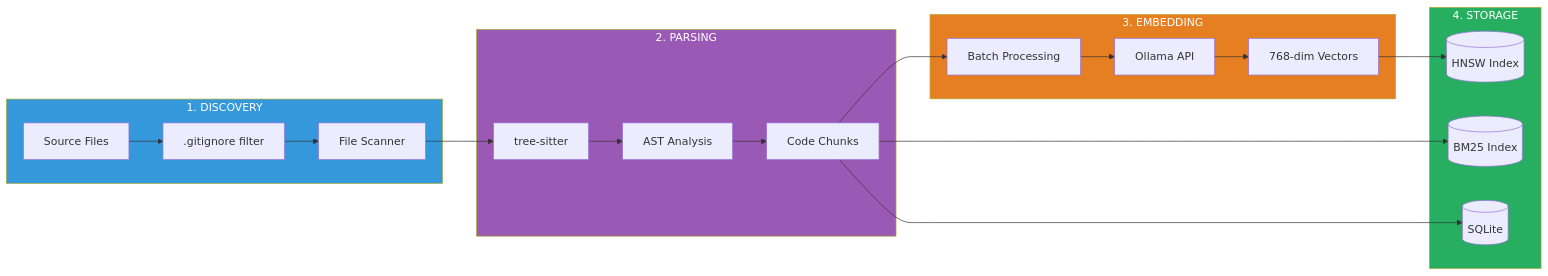
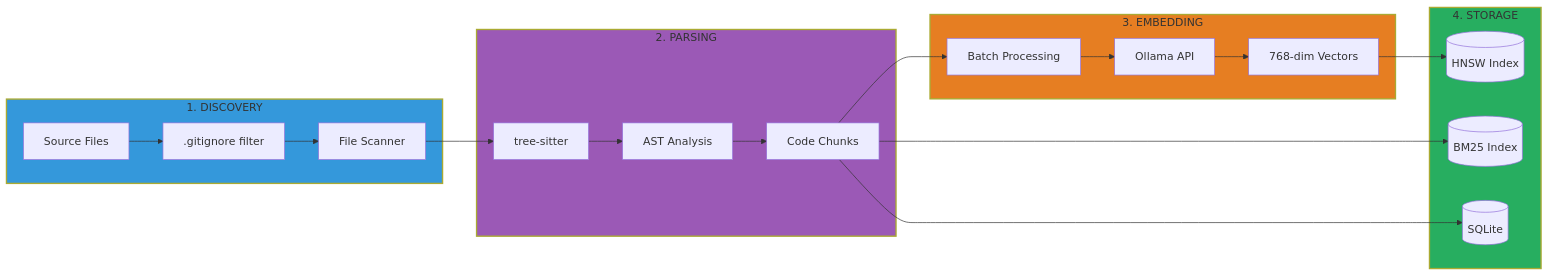
The fourth of 27 diagrams in docs/reference/architecture/architecture.md (sampi02/amanmcp), drawn with Mermaid before and after one commit. The commit also changed other lines of this file and 59 other files, not shown here.

````diff
--- a/docs/reference/architecture/architecture.md
+++ b/docs/reference/architecture/architecture.md
@@ -229,38 +356,38 @@
 ```mermaid
 flowchart LR
     subgraph Discovery["1. DISCOVERY"]
         Files[Source Files]
         Gitignore[.gitignore filter]
         Scanner[File Scanner]
     end
 
     subgraph Parsing["2. PARSING"]
         TS[tree-sitter]
         AST[AST Analysis]
         Chunks[Code Chunks]
     end
 
     subgraph Embedding["3. EMBEDDING"]
         Batch[Batch Processing]
         Ollama[Ollama API]
         Vectors[768-dim Vectors]
     end
 
     subgraph Storage["4. STORAGE"]
         HNSW[(HNSW Index)]
         BM25[(BM25 Index)]
         Meta[(SQLite)]
     end
 
     Files --> Gitignore --> Scanner
     Scanner --> TS --> AST --> Chunks
     Chunks --> Batch --> Ollama --> Vectors
     Vectors --> HNSW
     Chunks --> BM25
     Chunks --> Meta
 
-    style Discovery fill:#3498db,color:#fff
-    style Parsing fill:#9b59b6,color:#fff
-    style Embedding fill:#e67e22,color:#fff
-    style Storage fill:#27ae60,color:#fff
+    style Discovery fill:#3498db,stroke-width:2px
+    style Parsing fill:#9b59b6,stroke-width:2px
+    style Embedding fill:#e67e22,stroke-width:2px
+    style Storage fill:#27ae60,stroke-width:2px
 ```
````
